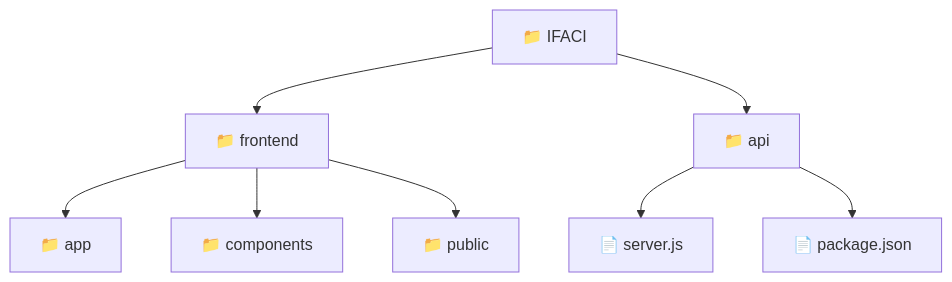
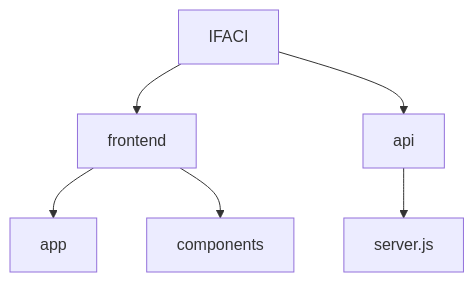
The second of 2 diagrams in README.md (isansales/isabelle_ifaci), drawn with Mermaid before and after one commit. The commit also changed other lines of this file, not shown here.

````diff
--- a/README.md
+++ b/README.md
@@ -70,15 +74,13 @@
 ```mermaid
 graph TD
 
-A["📁 IFACI"]
+A[IFACI]
 
-A --> B["📁 frontend"]
-A --> C["📁 api"]
+A --> B[frontend]
+A --> C[api]
 
-B --> D["📁 app"]
-B --> E["📁 components"]
-B --> F["📁 public"]
+B --> D[app]
+B --> E[components]
 
-C --> G["📄 server.js"]
-C --> H["📄 package.json"]
+C --> F[server.js]
 ```
````
